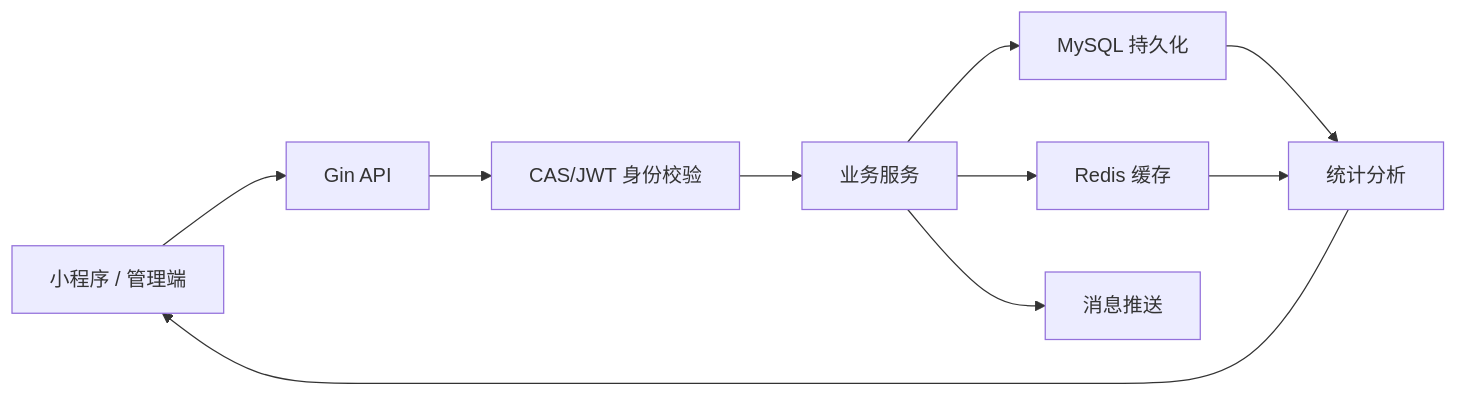
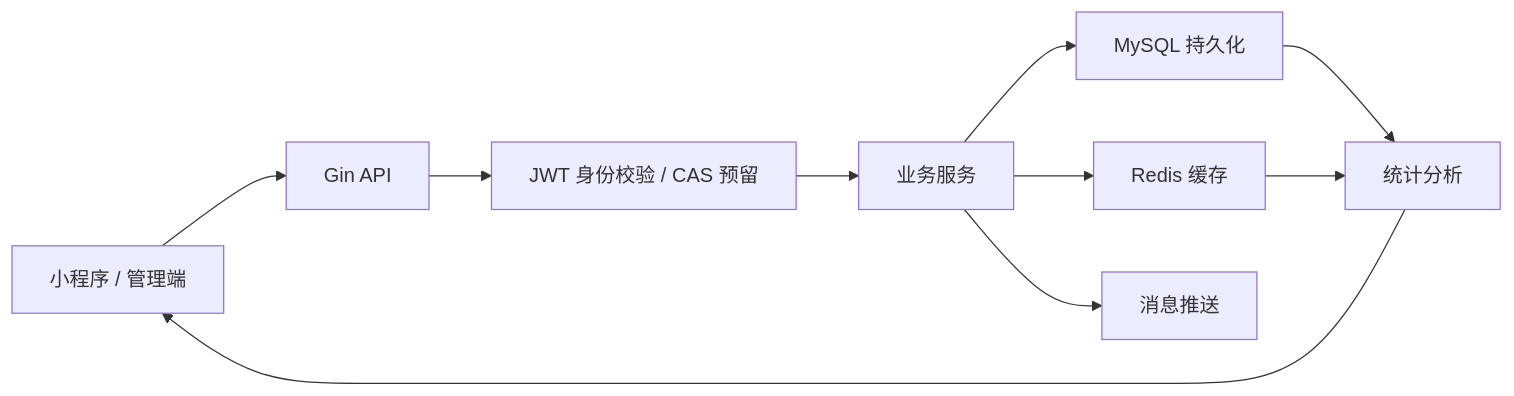
The sixth of 6 diagrams in docs/business-flow.md (diawavy212-create/-), drawn with Mermaid before and after one commit. The commit also changed other lines of this file and 27 other files, not shown here.

````diff
--- a/docs/business-flow.md
+++ b/docs/business-flow.md
@@ -198,21 +197,21 @@
 ```mermaid
 flowchart LR
   Frontend["小程序 / 管理端"]
   API["Gin API"]
-  Auth["CAS/JWT 身份校验"]
+  Auth["JWT 身份校验 / CAS 预留"]
   Biz["业务服务"]
   Cache["Redis 缓存"]
   DB["MySQL 持久化"]
   Notify["消息推送"]
   Analysis["统计分析"]
 
   Frontend --> API
   API --> Auth
   Auth --> Biz
   Biz --> Cache
   Biz --> DB
   Biz --> Notify
   DB --> Analysis
   Cache --> Analysis
   Analysis --> Frontend
 ```
````
